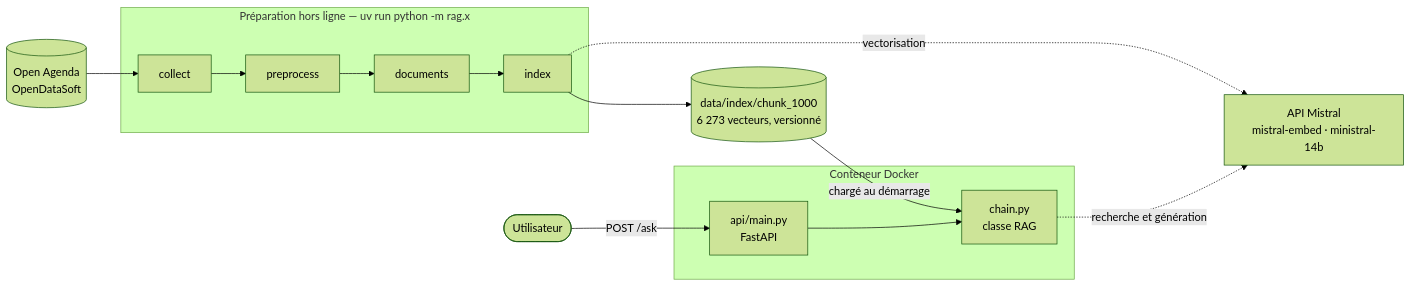
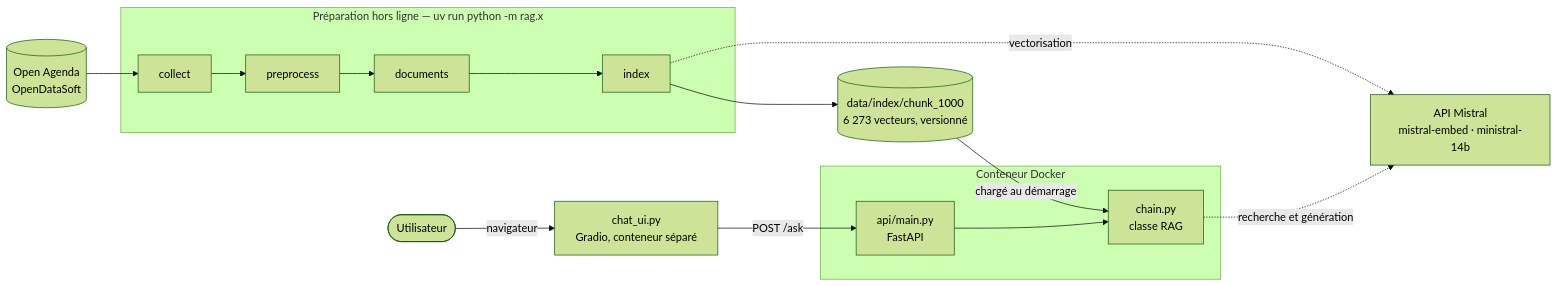
One commit to lenny-ai-data/oc_project_7 changed the first of 2 diagrams in docs/rapport_technique.md. Above: the diagram before and after it, drawn with Mermaid (forest theme). The commit also changed other lines of this file and 1 other file, not shown here.

First line of the commit message:
docs: interface de chat dans le README et le rapport

````diff
--- a/docs/rapport_technique.md
+++ b/docs/rapport_technique.md
@@ -32,23 +32,25 @@
 ```mermaid
 flowchart LR
     OA[("Open Agenda<br/>OpenDataSoft")]
     MI["API Mistral<br/>mistral-embed · ministral-14b"]
     USER(["Utilisateur"])
 
     subgraph prep["Préparation hors ligne — uv run python -m rag.x"]
         C["collect"] --> P["preprocess"] --> D["documents"] --> I["index"]
     end
 
     IDX[("data/index/chunk_1000<br/>6 273 vecteurs, versionné")]
 
     subgraph docker["Conteneur Docker"]
         API["api/main.py<br/>FastAPI"] --> CH["chain.py<br/>classe RAG"]
     end
 
     OA --> C
     I -.->|vectorisation| MI
     I --> IDX
     IDX -->|chargé au démarrage| CH
     CH -.->|recherche et génération| MI
-    USER -->|POST /ask| API
+    UI["chat_ui.py<br/>Gradio, conteneur séparé"]
+    USER -->|navigateur| UI
+    UI -->|POST /ask| API
 ```
````
